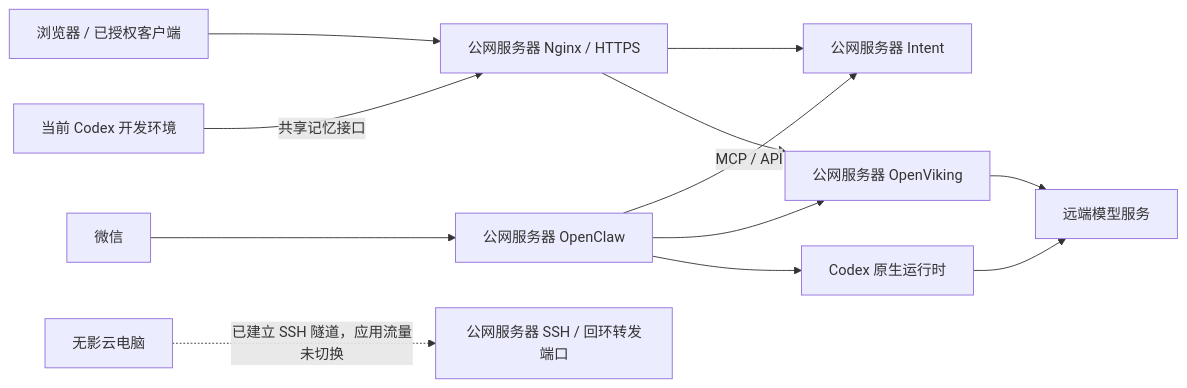
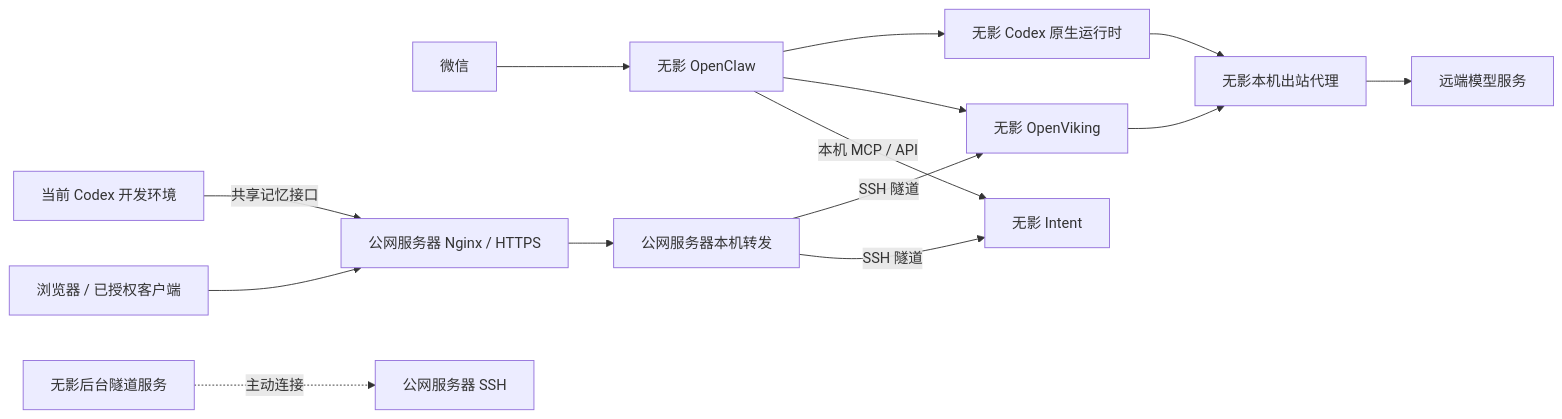
One commit to cytlabs/personal-site changed the diagram in docs/operations/cloud-workspace.md. Above: the diagram before and after it, drawn with Mermaid. The commit also changed other lines of this file and 2 other files, not shown here.

````diff
--- a/docs/operations/cloud-workspace.md
+++ b/docs/operations/cloud-workspace.md
@@ -23,14 +23,16 @@
 ```mermaid
 flowchart LR
-    W[微信] --> OC[公网服务器 OpenClaw]
+    W[微信] --> OC[无影 OpenClaw]
     C[浏览器 / 已授权客户端] --> N[公网服务器 Nginx / HTTPS]
-    N --> I[公网服务器 Intent]
-    N --> OV[公网服务器 OpenViking]
-    OC -->|MCP / API| I
+    N --> F[公网服务器本机转发]
+    F -->|SSH 隧道| I[无影 Intent]
+    F -->|SSH 隧道| OV[无影 OpenViking]
+    OC -->|本机 MCP / API| I
     OC --> OV
-    OC --> CX[Codex 原生运行时]
-    CX --> M[远端模型服务]
-    OV --> M
+    OC --> CX[无影 Codex 原生运行时]
+    CX --> P[无影本机出站代理]
+    OV --> P
+    P --> M[远端模型服务]
     D[当前 Codex 开发环境] -->|共享记忆接口| N
-    WY[无影云电脑] -. 已建立 SSH 隧道，应用流量未切换 .-> S[公网服务器 SSH / 回环转发端口]
+    WY[无影后台隧道服务] -. 主动连接 .-> S[公网服务器 SSH]
 ```
````
